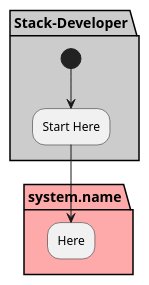
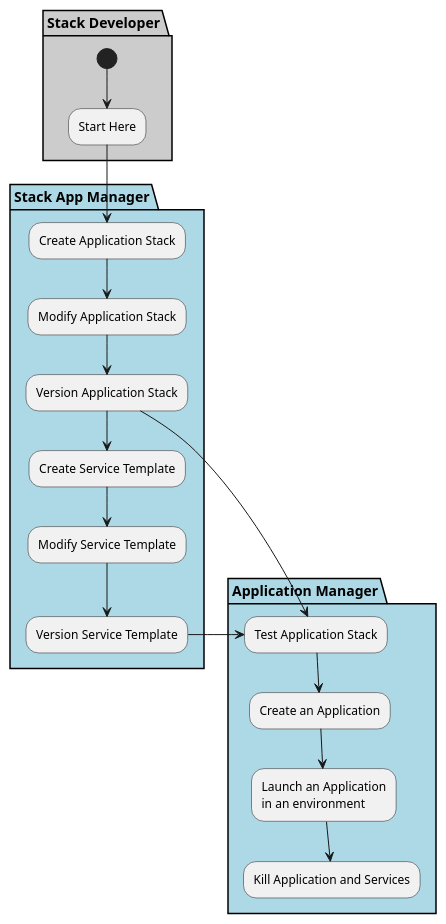
Before and after one commit to CAADE/C3: the diagram in docs/Actors/Stack-Developer/Activity.puml, drawn with PlantUML. The commit also changed 256 other files, not shown here.

```diff
--- a/docs/Actors/Stack-Developer/Activity.puml
+++ b/docs/Actors/Stack-Developer/Activity.puml
@@ -1,12 +1,23 @@
 @startuml
-
-
-partition "Stack-Developer"  #cccccc {
+partition "Stack Developer"  #cccccc {
   (*) --> "Start Here"
 }
 
-partition "system.name" #ffaaaa {
-  "Start Here" --> "Here"
+partition "Stack App Manager" #lightblue {
+  "Start Here" --> "Create Application Stack"
+  --> "Modify Application Stack"
+  --> "Version Application Stack"
+  --> "Create Service Template"
+  --> "Modify Service Template"
+  --> "Version Service Template"
+}
+
+partition "Application Manager" #lightblue {
+  "Version Service Template" -> "Test Application Stack"
+  "Version Application Stack" --> "Test Application Stack"
+  --> "Create an Application"
+  --> "Launch an Application\nin an environment"
+  --> "Kill Application and Services"
 }
 
 @enduml
```
